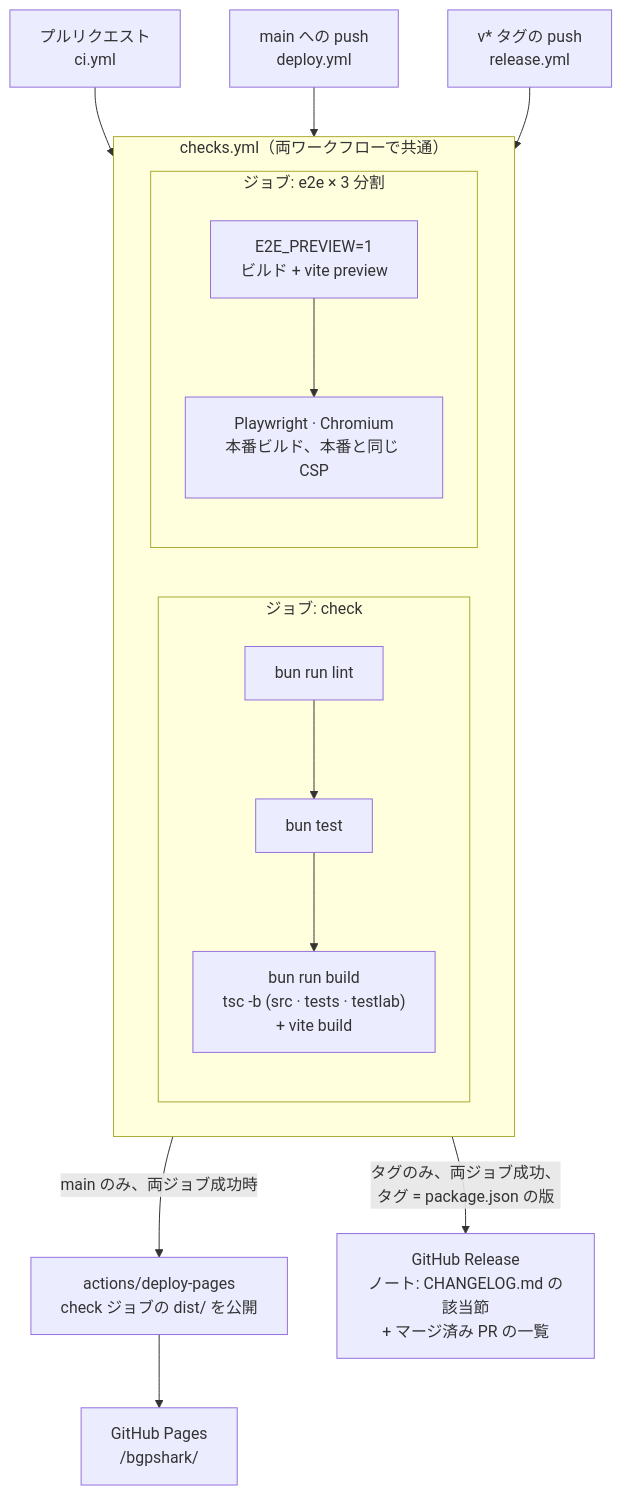
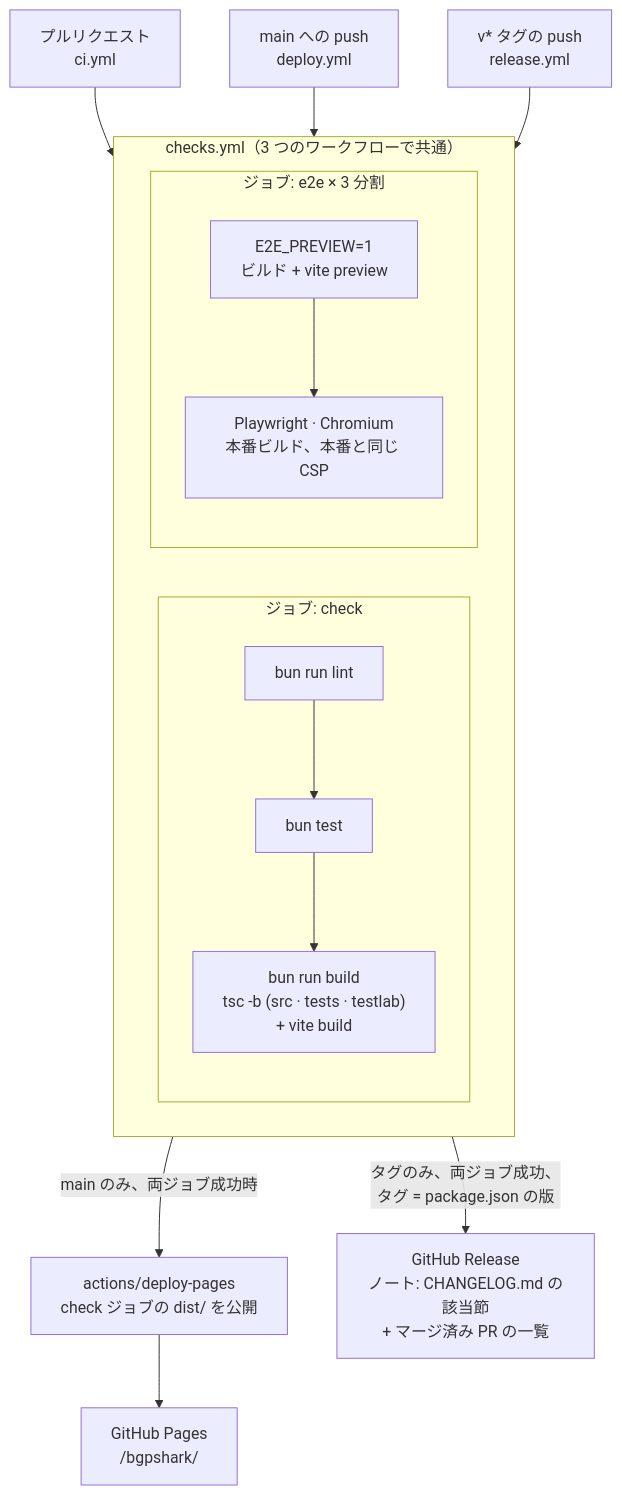
One commit to shmuto/bgpshark changed diagram 13 of 13 in docs/architecture.ja.md. Above: the diagram before and after it, drawn with Mermaid. The commit also changed other lines of this file and 8 other files, not shown here.

Commit message:
Docs: review and polish CLAUDE.md and architecture/design docs

````diff
--- a/docs/architecture.ja.md
+++ b/docs/architecture.ja.md
@@ -502,22 +502,22 @@
 ```mermaid
 flowchart TB
     pr["プルリクエスト<br/>ci.yml"] --> checks
     push["main への push<br/>deploy.yml"] --> checks
     tag["v* タグの push<br/>release.yml"] --> checks
 
-    subgraph checks["checks.yml（両ワークフローで共通）"]
+    subgraph checks["checks.yml（3 つのワークフローで共通）"]
         direction LR
         subgraph job1["ジョブ: check"]
             direction TB
             lint["bun run lint"] --> unit["bun test"] --> build["bun run build<br/>tsc -b (src · tests · testlab)<br/>+ vite build"]
         end
         subgraph job2["ジョブ: e2e × 3 分割"]
             direction TB
             pbuild["E2E_PREVIEW=1<br/>ビルド + vite preview"] --> pw["Playwright · Chromium<br/>本番ビルド、本番と同じ CSP"]
         end
     end
 
     checks -- "main のみ、両ジョブ成功時" --> deploy["actions/deploy-pages<br/>check ジョブの dist/ を公開"]
     deploy --> gp["GitHub Pages<br/>/bgpshark/"]
     checks -- "タグのみ、両ジョブ成功、<br/>タグ = package.json の版" --> rel["GitHub Release<br/>ノート: CHANGELOG.md の該当節<br/>+ マージ済み PR の一覧"]
 ```
````
